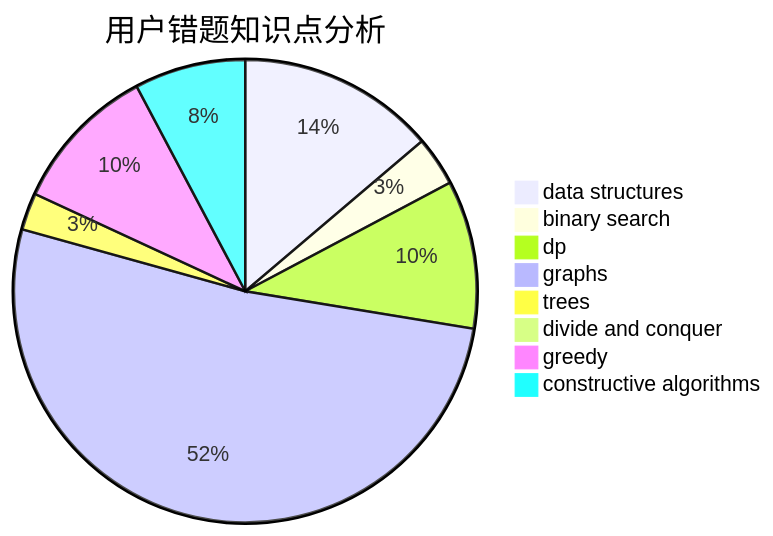
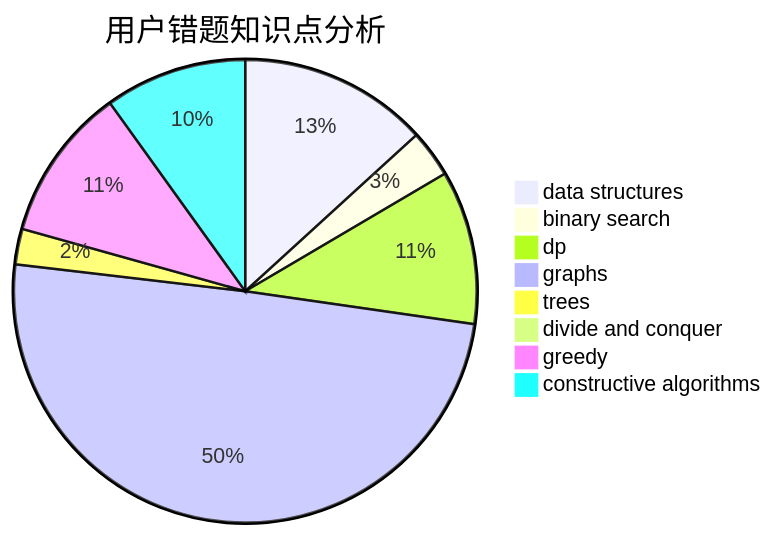
Before and after one commit to sherpahu/cfrs.github.io: the third of 3 diagrams in docs/user/u1452.md, drawn with Mermaid. The commit also changed other lines of this file and 2770 other files, not shown here.

````diff
--- a/docs/user/u1452.md
+++ b/docs/user/u1452.md
@@ -36,11 +36,11 @@
 ```mermaid
 pie title 用户错题知识点分析
     "data structures" :  16
     "binary search" :  4
-    "dp" :  12
+    "dp" :  13
     "graphs" :  60
     "trees" :  3
     "divide and conquer" :  0
-    "greedy" :  12
-    "constructive algorithms" :  9
+    "greedy" :  13
+    "constructive algorithms" :  12
 ```
````
